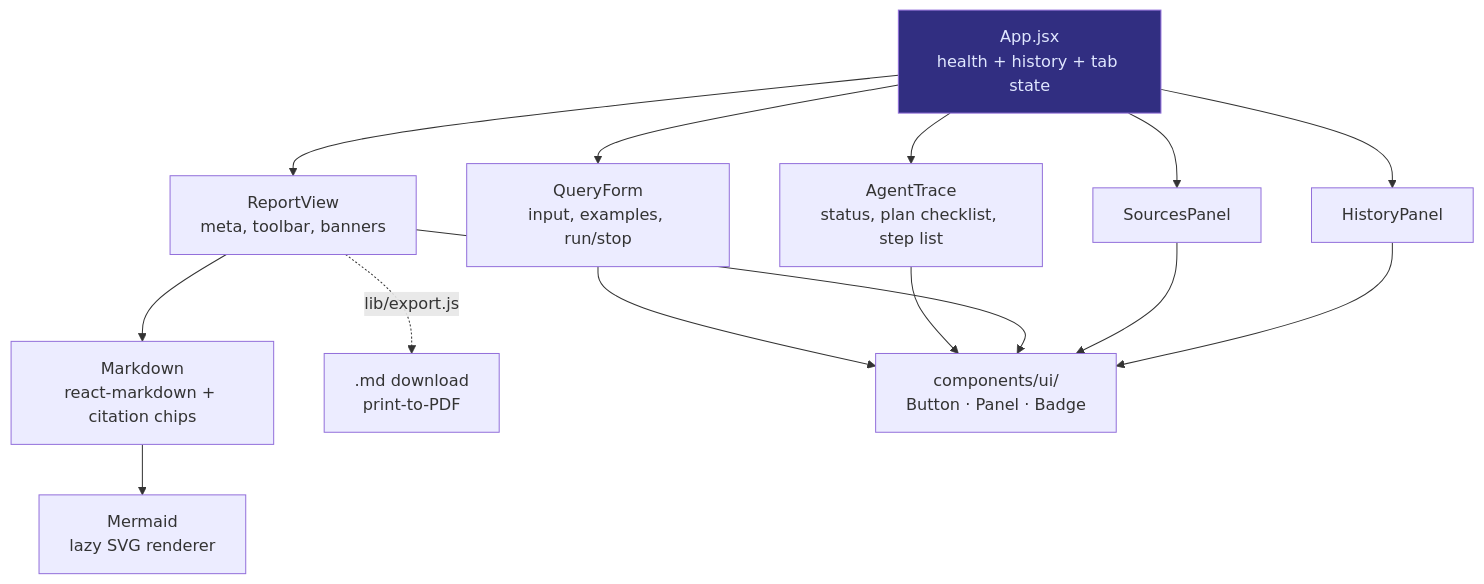
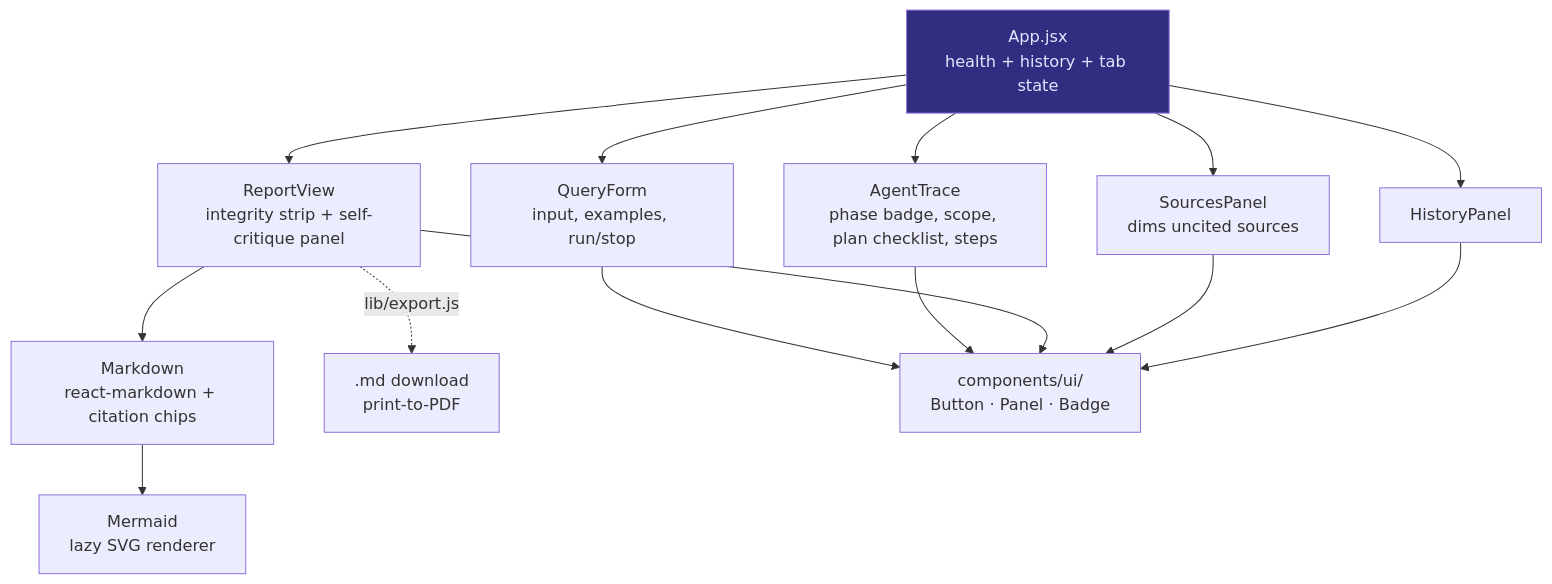
Diagram 11 of 16 in docs/ARCHITECTURE.md (AlphaBeast97/deep-research-ai-platform), drawn with Mermaid before and after one commit. The commit also changed other lines of this file and 1 other file, not shown here.

First line of the commit message:
docs: align README and architecture record with the six-phase pipeline

````diff
--- a/docs/ARCHITECTURE.md
+++ b/docs/ARCHITECTURE.md
@@ -889,20 +1221,20 @@
 ```mermaid
 flowchart TD
     APP["App.jsx<br/>health + history + tab state"]
     APP --> QF["QueryForm<br/>input, examples, run/stop"]
-    APP --> TR["AgentTrace<br/>status, plan checklist, step list"]
-    APP --> RV["ReportView<br/>meta, toolbar, banners"]
-    APP --> SP["SourcesPanel"]
+    APP --> TR["AgentTrace<br/>phase badge, scope, plan checklist, steps"]
+    APP --> RV["ReportView<br/>integrity strip + self-critique panel"]
+    APP --> SP["SourcesPanel<br/>dims uncited sources"]
     APP --> HP["HistoryPanel"]
     RV --> MD["Markdown<br/>react-markdown + citation chips"]
     MD --> MM["Mermaid<br/>lazy SVG renderer"]
     RV -.->|"lib/export.js"| EXP[".md download<br/>print-to-PDF"]
     QF --> UI
     TR --> UI
     RV --> UI
     SP --> UI
     HP --> UI
     UI["components/ui/<br/>Button · Panel · Badge"]
 
     style APP fill:#312e81,color:#e0e7ff
 ```
````
